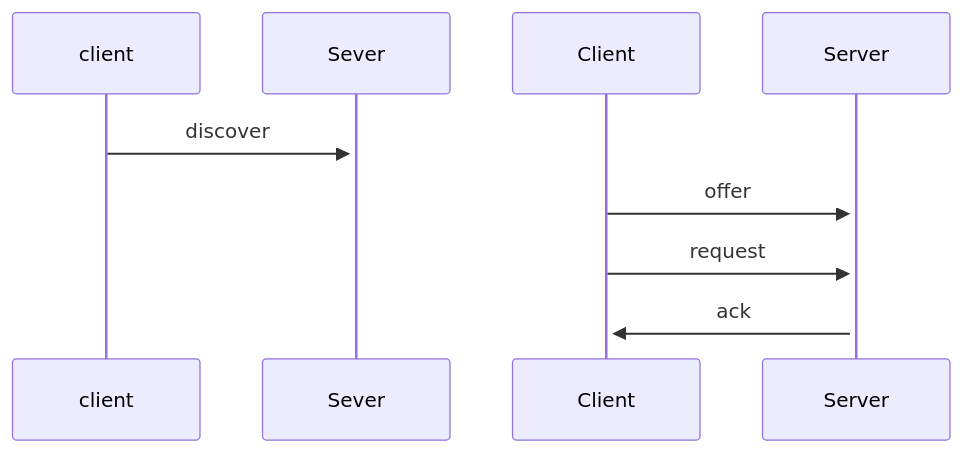
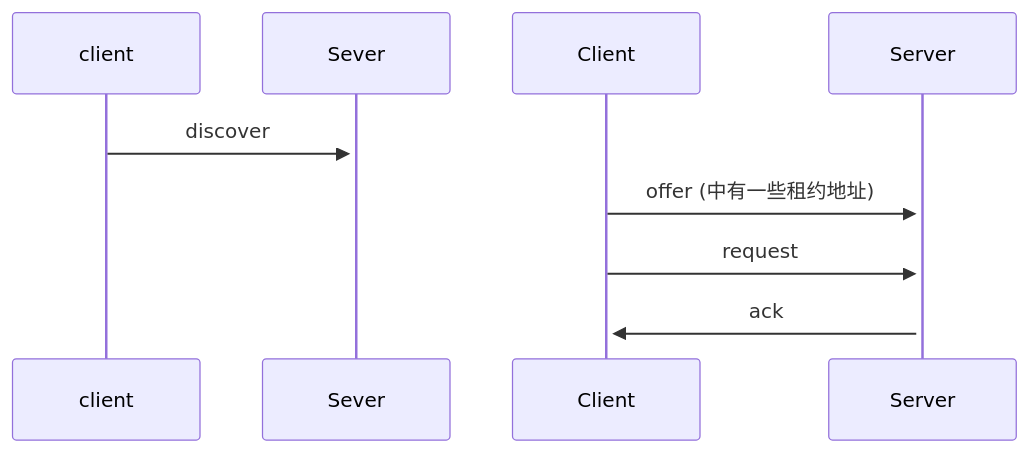
The diagram in network/applicationLayer.md (Hunter-857/notes-everything), drawn with Mermaid before and after one commit. The commit also changed other lines of this file and 7 other files, not shown here.

````diff
--- a/network/applicationLayer.md
+++ b/network/applicationLayer.md
@@ -11,7 +6,7 @@
 ```mermaid
    sequenceDiagram
       client->>+Sever: discover
-      Client->>+Server: offer 
+      Client->>+Server: offer (中有一些租约地址)
       Client->>+Server: request 
       Server->>+Client: ack
 ```
````
